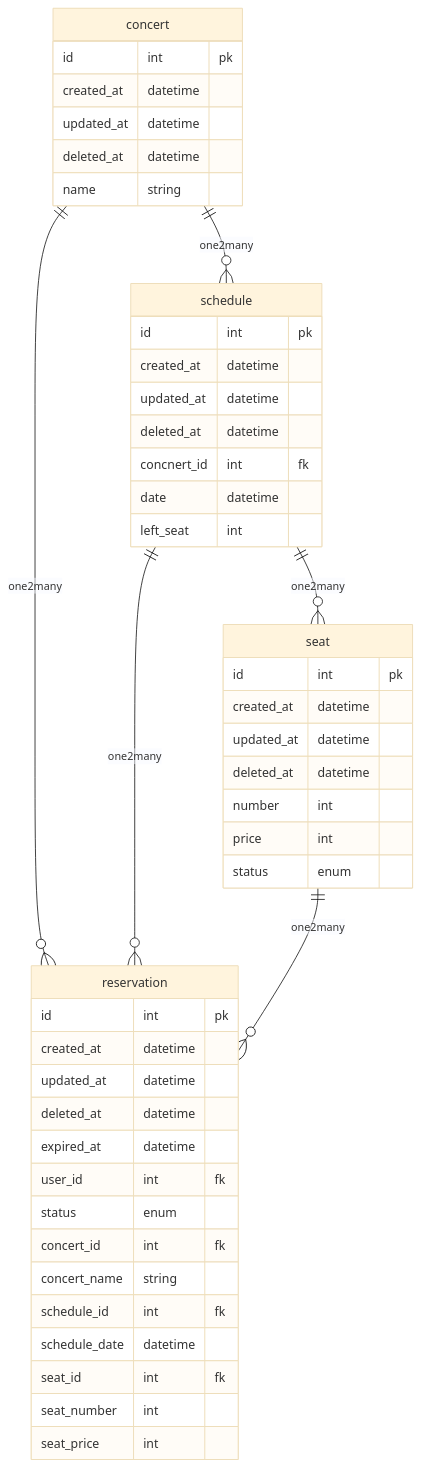
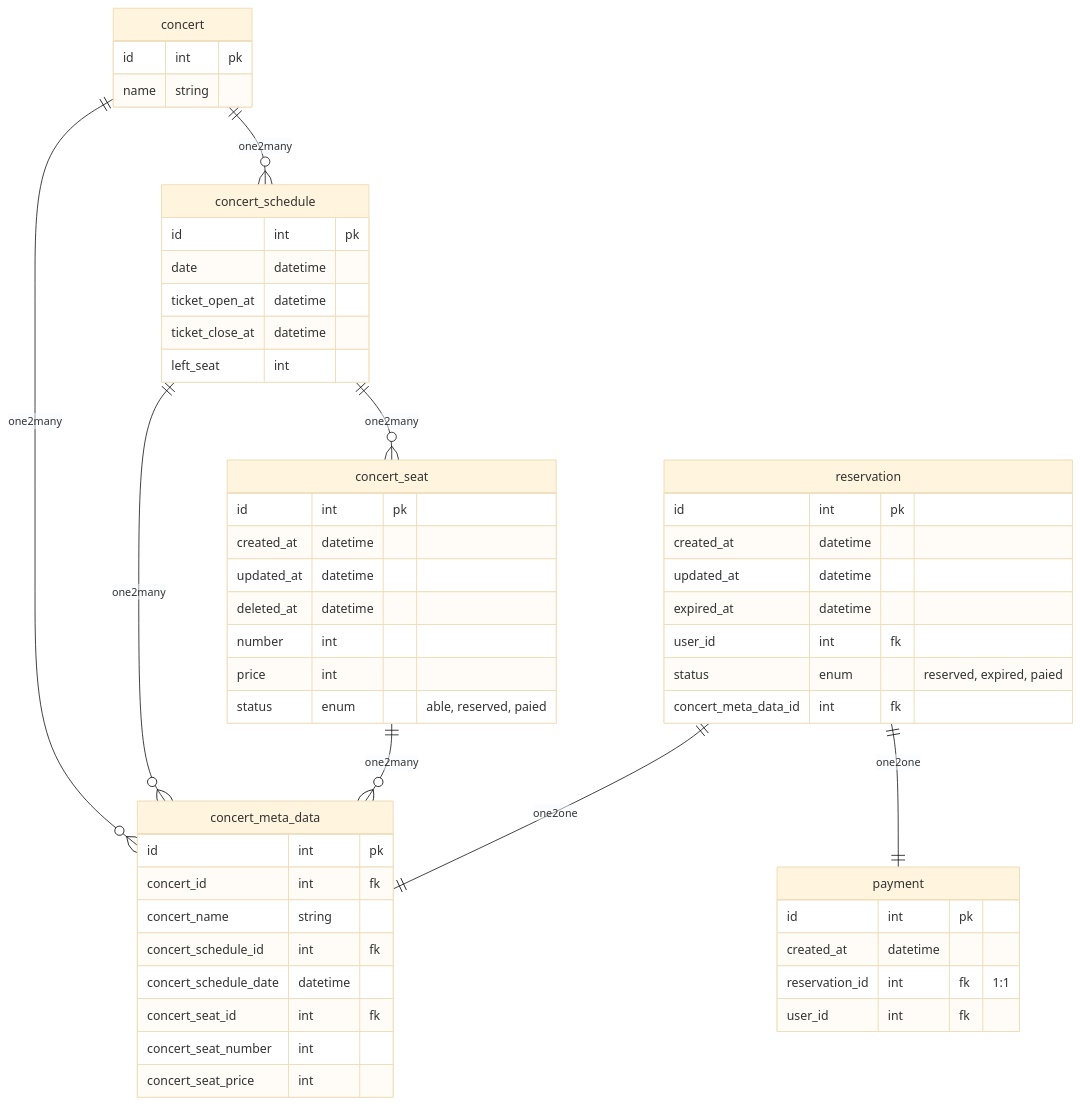
Before and after one commit to Ksanbal/Concert-Reservation-API: diagram 13 of 13 in README.md, drawn with Mermaid (base theme). The commit also changed other lines of this file, not shown here.

First line of the commit message:
:books:Docs: 목차 & ERD 업데이트

````diff
--- a/README.md
+++ b/README.md
@@ -298,60 +291,72 @@
 ```mermaid
 erDiagram
 
 concert {
   id int pk
-  created_at datetime
-  updated_at datetime
-  deleted_at datetime
 
   name string
 }
-concert ||--o{ schedule: one2many
+concert ||--o{ concert_schedule: one2many
 
-schedule {
+concert_schedule {
   id int pk
-  created_at datetime
-  updated_at datetime
-  deleted_at datetime
 
-  concnert_id int fk
   date datetime
+  ticket_open_at datetime
+  ticket_close_at datetime
+
   left_seat int
 }
-schedule ||--o{ seat: one2many
+concert_schedule ||--o{ concert_seat: one2many
 
-seat {
+concert_seat {
   id int pk
   created_at datetime
   updated_at datetime
   deleted_at datetime
 
   number int
   price int
-  status enum
+  status enum "able, reserved, paied"
 }
+
+concert_meta_data {
+  id int pk
+
+  concert_id int fk
+  concert_name string
+
+  concert_schedule_id int fk
+  concert_schedule_date datetime
+
+  concert_seat_id int fk
+  concert_seat_number int
+  concert_seat_price int
+}
+concert ||--o{ concert_meta_data: one2many
+concert_schedule ||--o{ concert_meta_data: one2many
+concert_seat ||--o{ concert_meta_data: one2many
 
 reservation {
   id int pk
   created_at datetime
   updated_at datetime
-  deleted_at datetime
   expired_at datetime
 
   user_id int fk
-  status enum
+  status enum "reserved, expired, paied"
 
-  concert_id int fk
-  concert_name string
+  concert_meta_data_id int fk
+}
+reservation ||--|| concert_meta_data: one2one
 
-  schedule_id int fk
-  schedule_date datetime
+payment {
+  id int pk
+  created_at datetime
 
-  seat_id int fk
-  seat_number int
-  seat_price int
+  reservation_id int fk "1:1"
+
+  user_id int fk
 }
-concert ||--o{ reservation: one2many
-schedule ||--o{ reservation: one2many
-seat ||--o{ reservation: one2many
+reservation ||--|| payment: one2one
 ```
````
